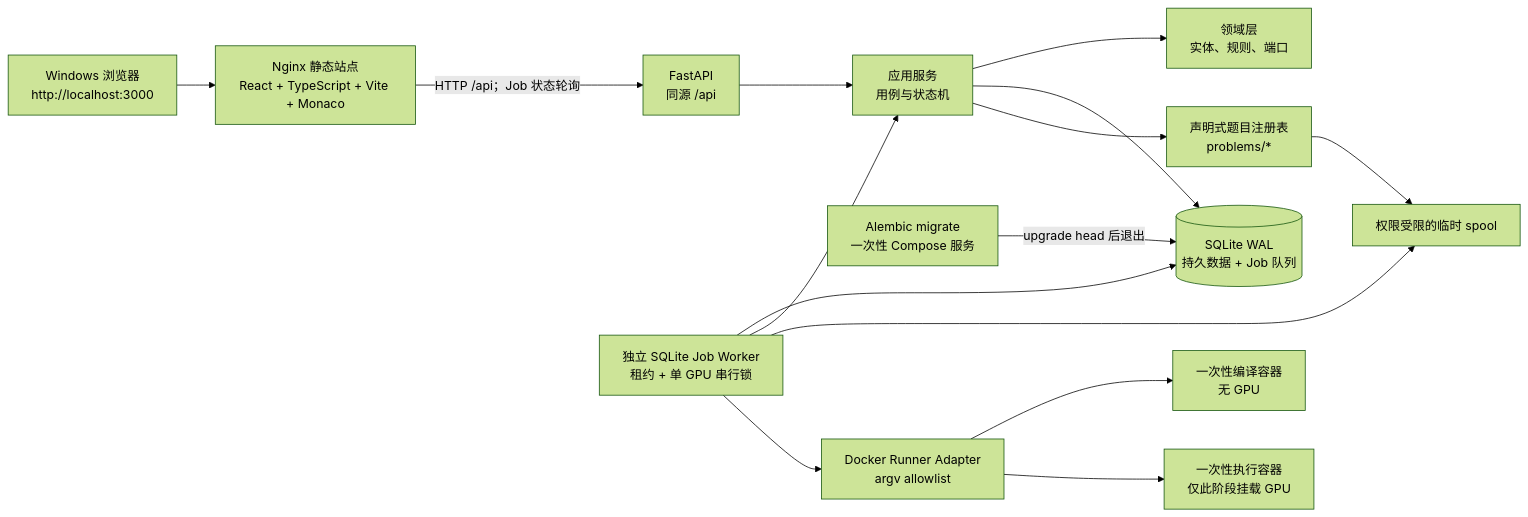
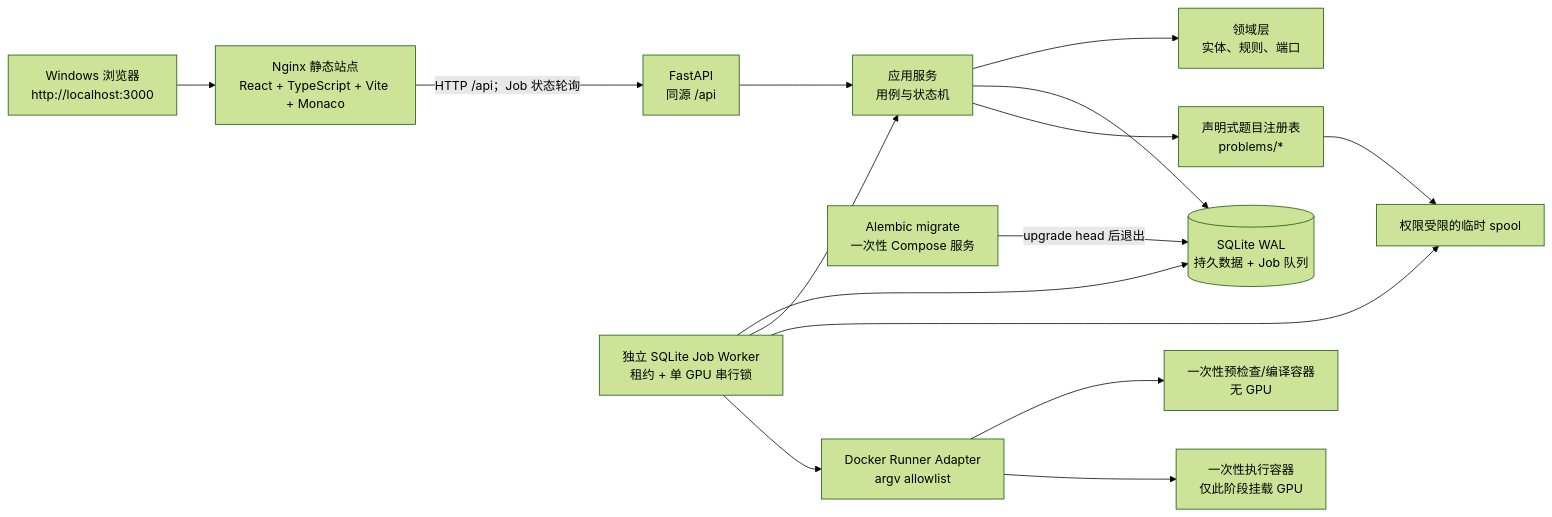
The first of 4 diagrams in docs/design.md (BabyDrangoner/MyLeetGpu), drawn with Mermaid (forest theme) before and after one commit. The commit also changed other lines of this file and 79 other files, not shown here.

````diff
--- a/docs/design.md
+++ b/docs/design.md
@@ -35,31 +35,31 @@
 ```mermaid
 flowchart LR
     U["Windows 浏览器<br/>http://localhost:3000"]
     W["Nginx 静态站点<br/>React + TypeScript + Vite + Monaco"]
     A["FastAPI<br/>同源 /api"]
     AP["应用服务<br/>用例与状态机"]
     D["领域层<br/>实体、规则、端口"]
     DB[("SQLite WAL<br/>持久数据 + Job 队列")]
     M["Alembic migrate<br/>一次性 Compose 服务"]
     P["声明式题目注册表<br/>problems/*"]
     K["独立 SQLite Job Worker<br/>租约 + 单 GPU 串行锁"]
     S["权限受限的临时 spool"]
     R["Docker Runner Adapter<br/>argv allowlist"]
-    C["一次性编译容器<br/>无 GPU"]
+    C["一次性预检查/编译容器<br/>无 GPU"]
     G["一次性执行容器<br/>仅此阶段挂载 GPU"]
 
     U --> W
     W -->|"HTTP /api；Job 状态轮询"| A
     A --> AP
     AP --> D
     AP --> DB
     M -->|"upgrade head 后退出"| DB
     AP --> P
     K --> DB
     K --> AP
     K --> S
     K --> R
     R --> C
     R --> G
     P --> S
 ```
````
